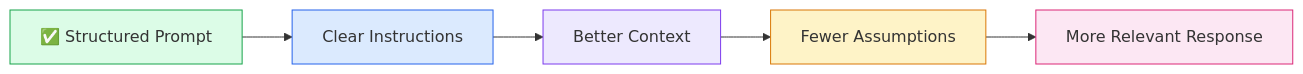
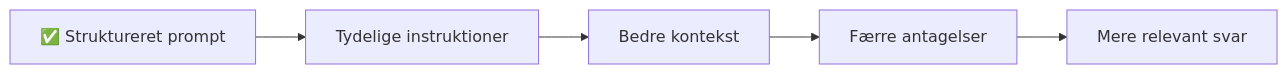
Before and after one commit to zk222ac001/Python-Programmering-med-AI-and-Agentic-Systems: the fourth of 6 diagrams in Ugeplan 3 - Store Sprogmodeller & Prompt Engineering/Artikler/What is Prompt Engineering.md, drawn with Mermaid. The commit also changed other lines of this file, not shown here.

Commit message:
Oversæt artikel om prompt engineering til dansk

````diff
--- a/Ugeplan 3 - Store Sprogmodeller & Prompt Engineering/Artikler/What is Prompt Engineering.md
+++ b/Ugeplan 3 - Store Sprogmodeller & Prompt Engineering/Artikler/What is Prompt Engineering.md
@@ -469,13 +427,7 @@
 ```mermaid
 flowchart LR
-    A["✅ Structured Prompt"] --> B["Clear Instructions"]
-    B --> C["Better Context"]
-    C --> D["Fewer Assumptions"]
-    D --> E["More Relevant Response"]
-
-    style A fill:#dcfce7,stroke:#16a34a
-    style B fill:#dbeafe,stroke:#2563eb
-    style C fill:#ede9fe,stroke:#7c3aed
-    style D fill:#fef3c7,stroke:#d97706
-    style E fill:#fce7f3,stroke:#db2777
+    A["✅ Struktureret prompt"] --> B["Tydelige instruktioner"]
+    B --> C["Bedre kontekst"]
+    C --> D["Færre antagelser"]
+    D --> E["Mere relevant svar"]
 ```
````
